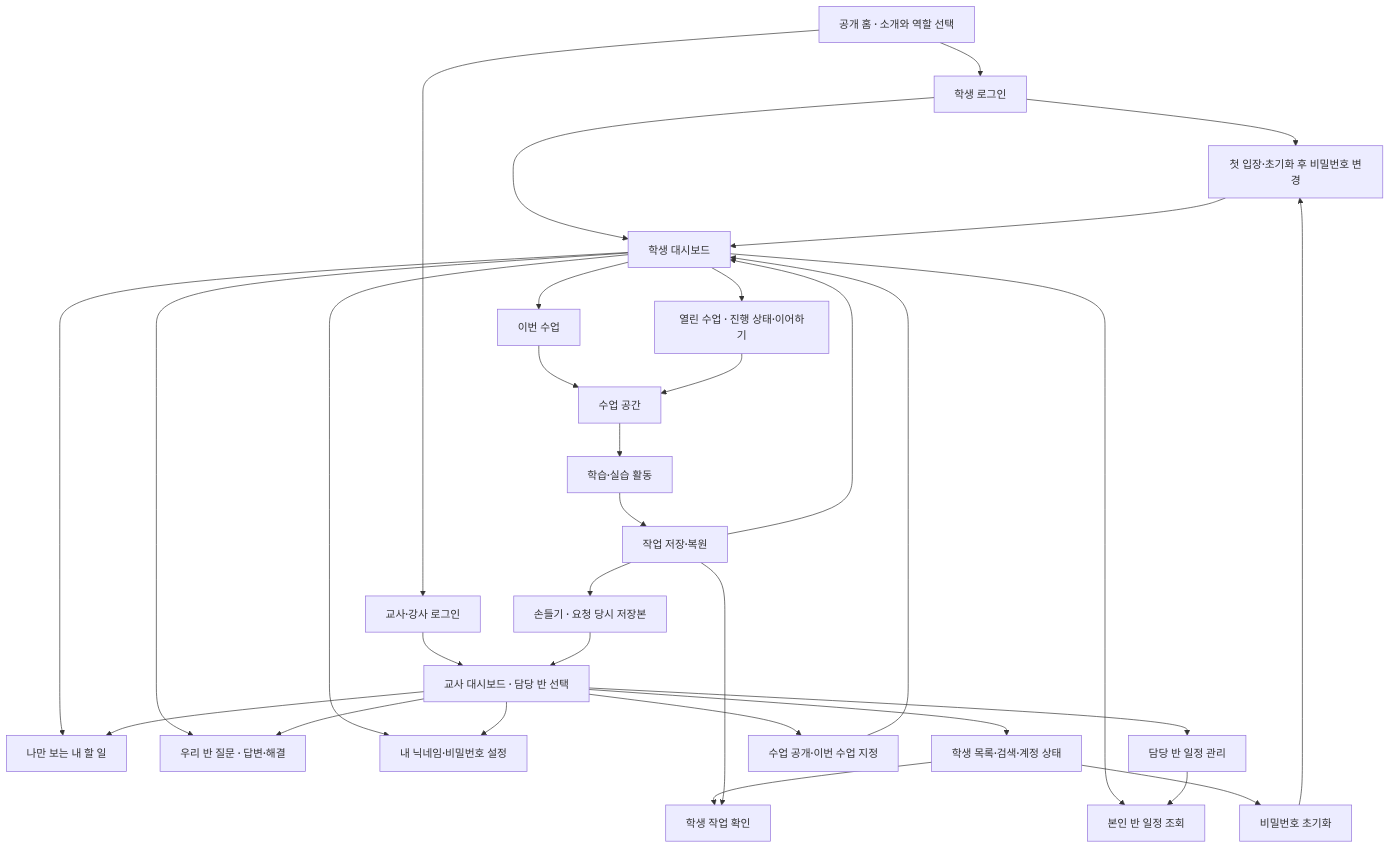
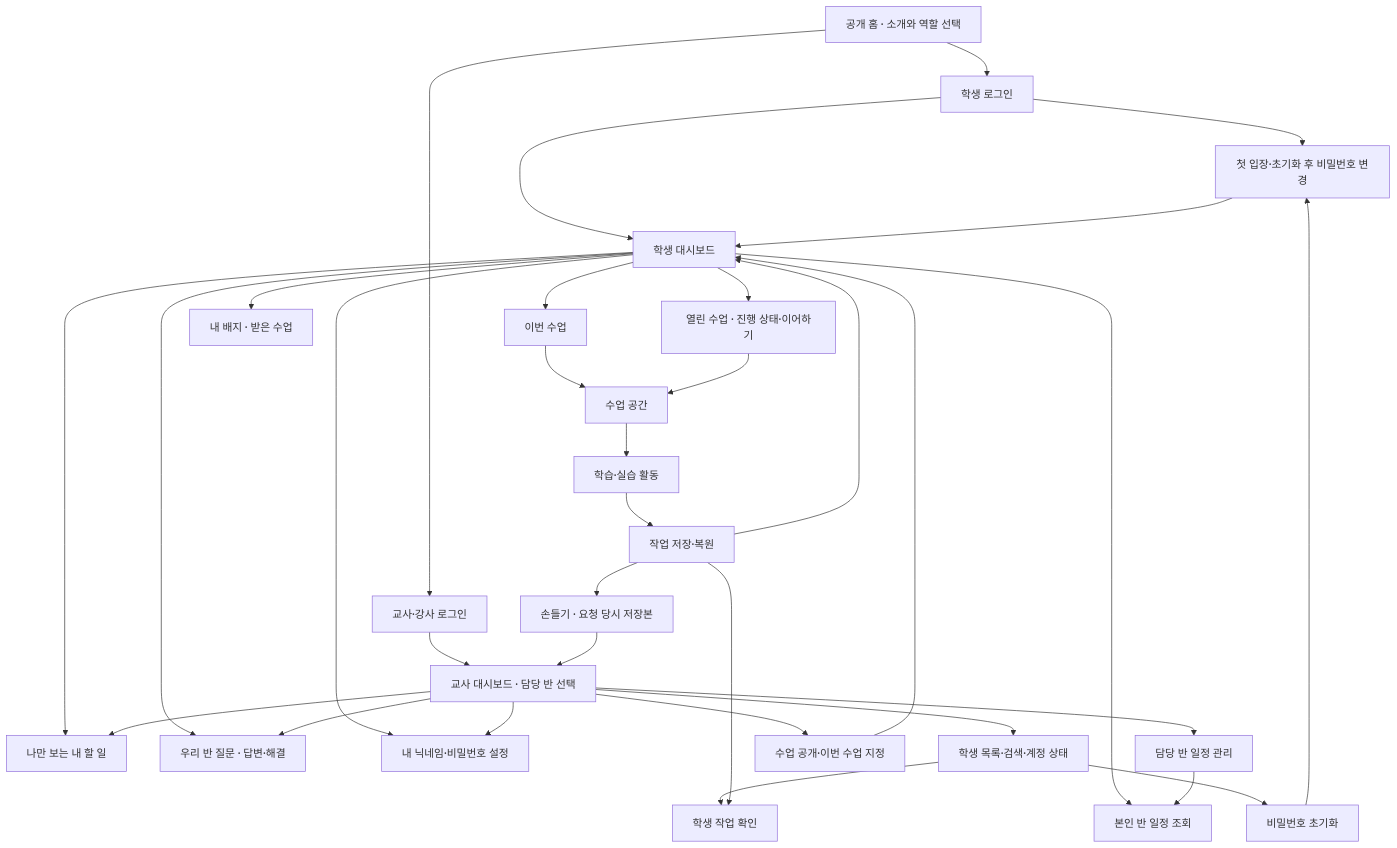
One commit to DonghyunT/cs-class changed the diagram in docs/PRD.md. Above: the diagram before and after it, drawn with Mermaid. The commit also changed other lines of this file and 23 other files, not shown here.

````diff
--- a/docs/PRD.md
+++ b/docs/PRD.md
@@ -19,34 +19,35 @@
 ```mermaid
 flowchart TD
     home["공개 홈 · 소개와 역할 선택"] --> studentLogin["학생 로그인"]
     home --> staffLogin["교사·강사 로그인"]
     studentLogin --> password["첫 입장·초기화 후 비밀번호 변경"]
     studentLogin --> student["학생 대시보드"]
     password --> student
     student --> current["이번 수업"]
     student --> opened["열린 수업 · 진행 상태·이어하기"]
+    student --> badges["내 배지 · 받은 수업"]
     student --> todos["나만 보는 내 할 일"]
     student --> schedule["본인 반 일정 조회"]
     student --> community["우리 반 질문 · 답변·해결"]
     student --> settings["내 닉네임·비밀번호 설정"]
     current --> classroom["수업 공간"]
     opened --> classroom
     classroom --> activity["학습·실습 활동"]
     activity --> save["작업 저장·복원"]
     save --> student
     staffLogin --> teacher["교사 대시보드 · 담당 반 선택"]
     teacher --> todos
     teacher --> staffSchedule["담당 반 일정 관리"]
     teacher --> community
     teacher --> settings
     staffSchedule --> schedule
     teacher --> manage["수업 공개·이번 수업 지정"]
     manage --> student
     teacher --> students["학생 목록·검색·계정 상태"]
     students --> reset["비밀번호 초기화"]
     reset --> password
     students --> work["학생 작업 확인"]
     save --> work
     save --> help["손들기 · 요청 당시 저장본"]
     help --> teacher
 ```
````
